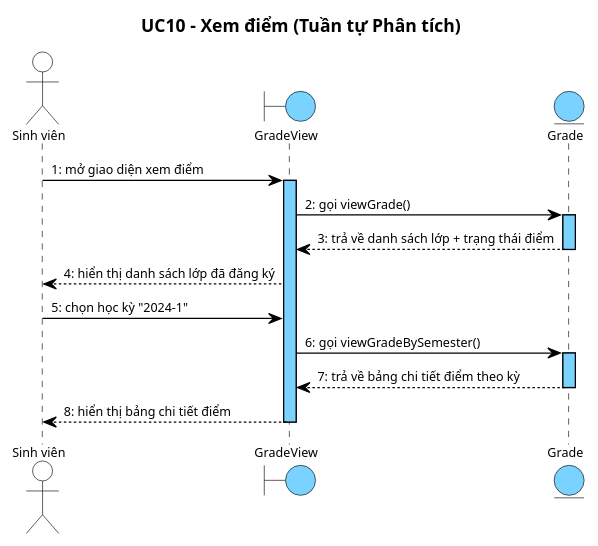
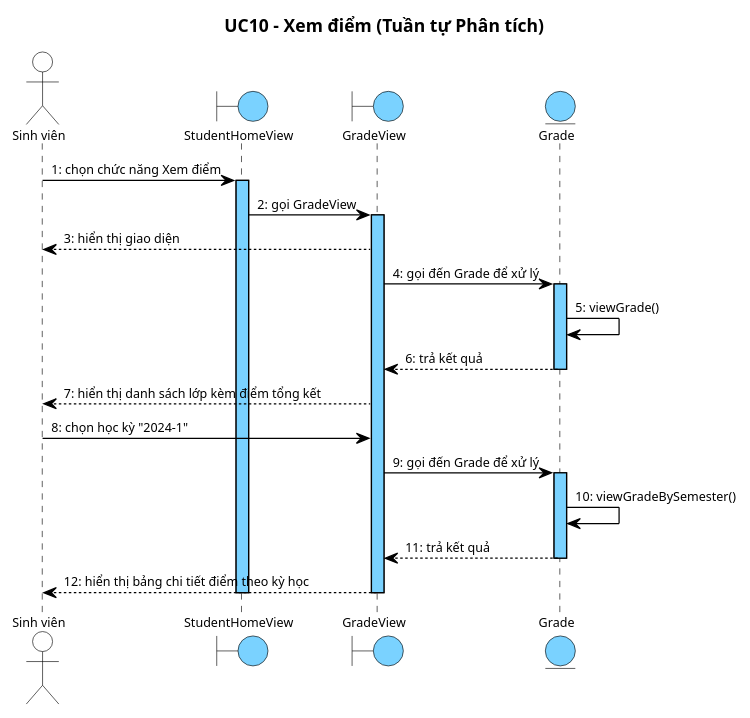
Diagram 12 of 20 in report/md/module3_attendance_grades.md (thanhtrnnn/universe), drawn with PlantUML before and after one commit. The commit also changed other lines of this file and 1 other file, not shown here.

First line of the commit message:
docs: rewrite II.4 & III.4 sequence diagrams to reference narrative format

````diff
--- a/report/md/module3_attendance_grades.md
+++ b/report/md/module3_attendance_grades.md
@@ -669,42 +712,49 @@
 ```plantuml
 @startuml
 skinparam shadowing false
 skinparam SequenceMessageAlign left
 skinparam SequenceLifeLineBackgroundColor #7AD2FF
 skinparam SequenceLifeLineBorderColor #000000
 <style>
 sequenceDiagram {
   Shadowing 0
   RoundCorner 0
   FontName "Arial"
   FontSize 10
   FontColor #000000
   boundary { BackgroundColor #7AD2FF; LineColor #000000 }
   entity { BackgroundColor #7AD2FF; LineColor #000000 }
   actor { BackgroundColor transparent; LineColor #000000 }
   lifeline { LineColor #000000; LineStyle 5-5 }
   arrow { LineColor #000000; LineThickness 1; FontSize 10 }
 }
 </style>
 title UC10 – Xem điểm (Tuần tự Phân tích)
 
 actor "Sinh viên" as SV
+boundary StudentHomeView
 boundary GradeView
 entity Grade
 
-SV -> GradeView : 1: mở giao diện xem điểm
+SV -> StudentHomeView : 1: chọn chức năng Xem điểm
+activate StudentHomeView
+StudentHomeView -> GradeView : 2: gọi GradeView
 activate GradeView
-GradeView -> Grade : 2: gọi viewGrade()
+GradeView --> SV : 3: hiển thị giao diện
+GradeView -> Grade : 4: gọi đến Grade để xử lý
 activate Grade
-Grade --> GradeView : 3: trả về danh sách lớp + trạng thái điểm
+Grade -> Grade : 5: viewGrade()
+Grade --> GradeView : 6: trả kết quả
 deactivate Grade
-GradeView --> SV : 4: hiển thị danh sách lớp đã đăng ký
-SV -> GradeView : 5: chọn học kỳ "2024-1"
-GradeView -> Grade : 6: gọi viewGradeBySemester()
+GradeView --> SV : 7: hiển thị danh sách lớp kèm điểm tổng kết
+SV -> GradeView : 8: chọn học kỳ "2024-1"
+GradeView -> Grade : 9: gọi đến Grade để xử lý
 activate Grade
-Grade --> GradeView : 7: trả về bảng chi tiết điểm theo kỳ
+Grade -> Grade : 10: viewGradeBySemester()
+Grade --> GradeView : 11: trả kết quả
 deactivate Grade
-GradeView --> SV : 8: hiển thị bảng chi tiết điểm
+GradeView --> SV : 12: hiển thị bảng chi tiết điểm theo kỳ học
 deactivate GradeView
+deactivate StudentHomeView
 @enduml
 ```
````
